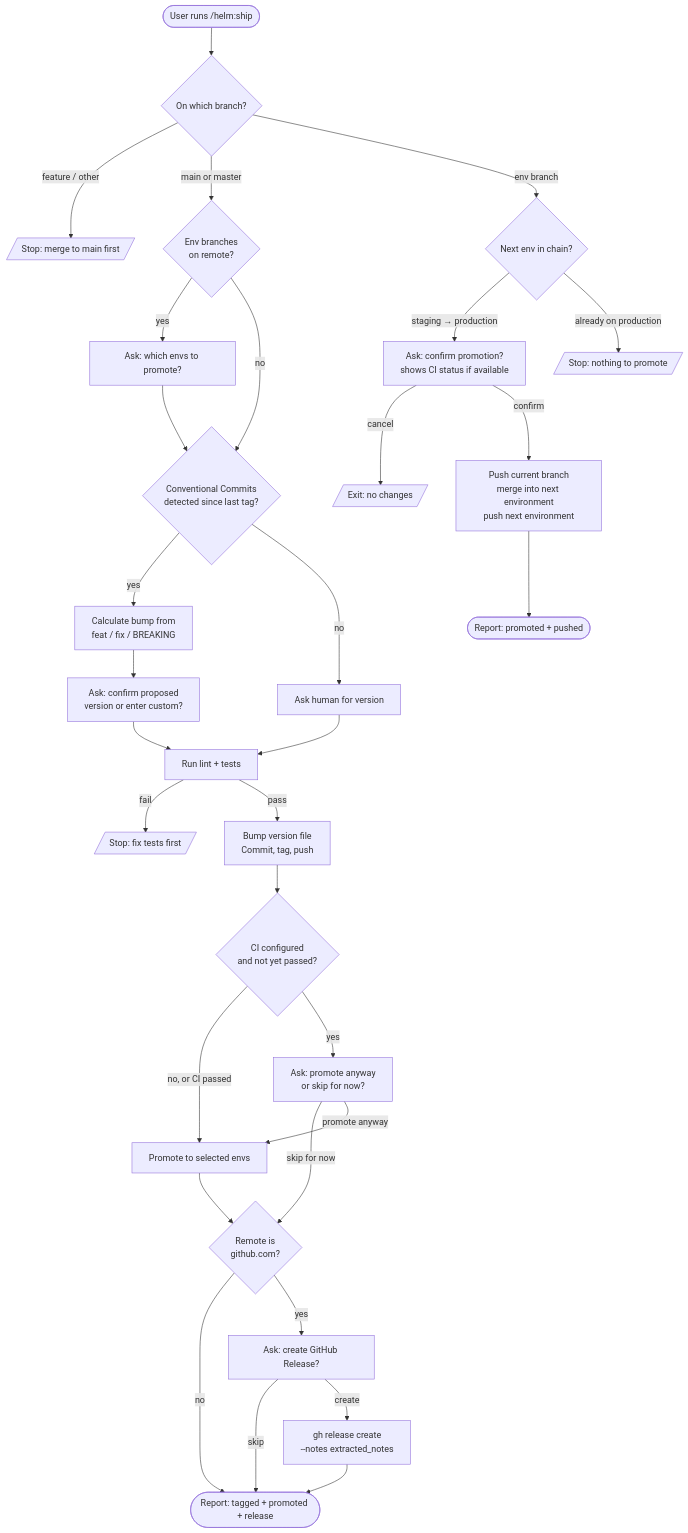
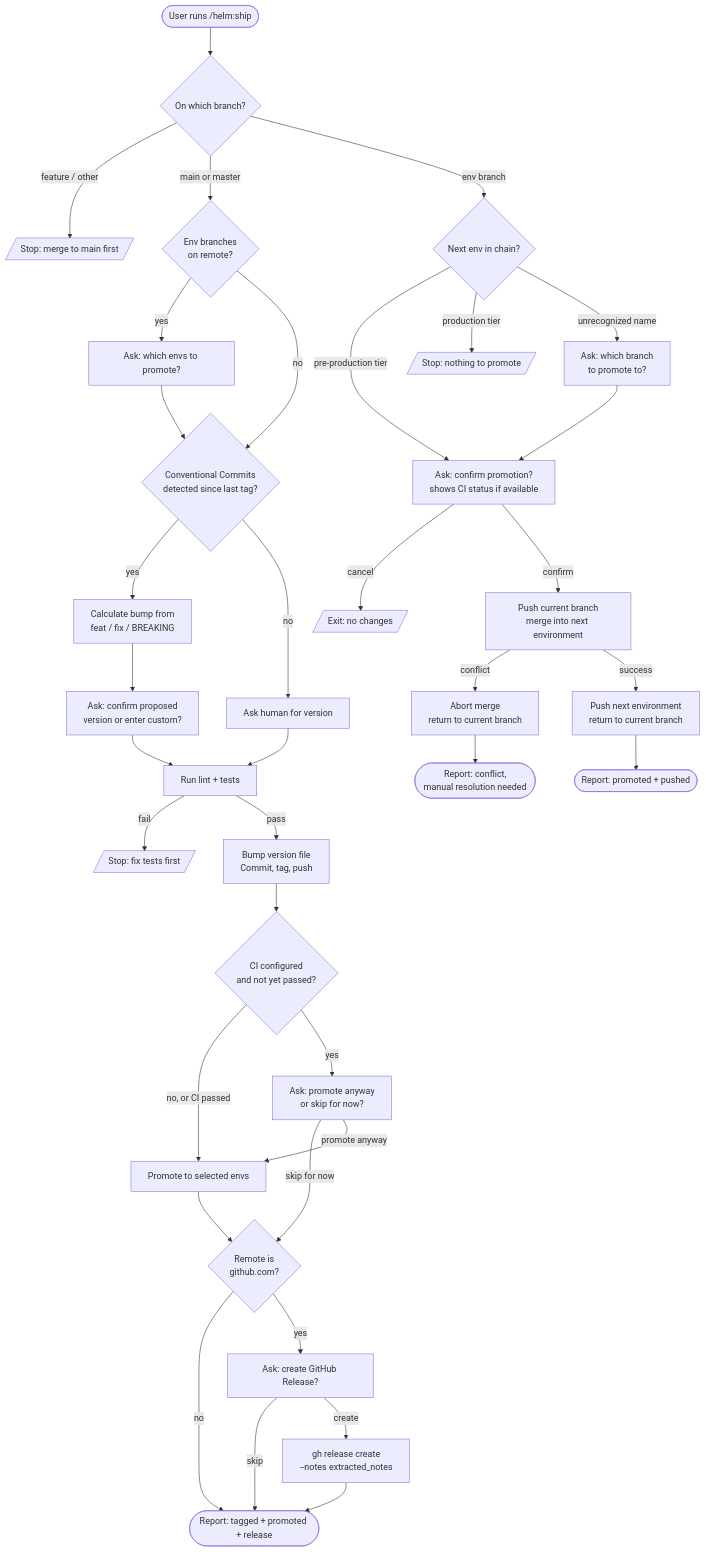
One commit to myowinthein/agent-helm changed the diagram in docs/commands/ship.md. Above: the diagram before and after it, drawn with Mermaid. The commit also changed other lines of this file and 1 other file, not shown here.

Commit message:
fix(ship): recognize environment name synonyms, handle merge conflicts in Step 5
Two gaps in the promotion chain logic:

- "staging → production" was a hardcoded 2-entry table matching only
  those exact strings, but git.md's Environment Branches section
  recognizes a wider set (staging, stage, uat, preprod, production,
  prod). A branch named "uat" or "prod" had no defined next-step
  behavior at all. Replaced with tier-based matching (pre-production
  vs production) that treats synonyms as equivalent, discovers the
  actual target branch name from the remote rather than assuming it's
  literally "production", and asks the human when the current branch
  is outside both recognized tiers instead of guessing.

- git merge --no-ff had no conflict handling. A conflict would halt
  mid-merge on the target environment branch, and since the return
  to the starting branch only happened after a successful push, there
  was no path back and no guidance. Now aborts the merge cleanly,
  returns to the starting branch, and reports that manual resolution
  is needed instead of leaving the repo in an ambiguous state.

````diff
--- a/docs/commands/ship.md
+++ b/docs/commands/ship.md
@@ -13,37 +13,42 @@
 ```mermaid
 flowchart TD
   Start([User runs /helm:ship]) --> Branch{On which branch?}
   Branch -->|feature / other| FeatStop[/Stop: merge to main first/]
   Branch -->|main or master| Targets{Env branches<br/>on remote?}
   Branch -->|env branch| EnvNext{Next env in chain?}
 
   Targets -->|yes| Pick[Ask: which envs to promote?]
   Targets -->|no| CC
   Pick --> CC{Conventional Commits<br/>detected since last tag?}
 
   CC -->|yes| Calc[Calculate bump from<br/>feat / fix / BREAKING]
   CC -->|no| AskVersion[Ask human for version]
   Calc --> Confirm[Ask: confirm proposed<br/>version or enter custom?]
   Confirm --> Tests
   AskVersion --> Tests
 
   Tests[Run lint + tests] -->|fail| TestStop[/Stop: fix tests first/]
   Tests -->|pass| Release[Bump version file<br/>Commit, tag, push]
   Release --> CICheck{CI configured<br/>and not yet passed?}
   CICheck -->|no, or CI passed| Promote[Promote to selected envs]
   CICheck -->|yes| CIAsk[Ask: promote anyway<br/>or skip for now?]
   CIAsk -->|skip for now| GHCheck
   CIAsk -->|promote anyway| Promote
   Promote --> GHCheck{Remote is<br/>github.com?}
   GHCheck -->|no| MainDone
   GHCheck -->|yes| GHConfirm[Ask: create GitHub Release?]
   GHConfirm -->|skip| MainDone
   GHConfirm -->|create| GHRelease[gh release create<br/>--notes extracted_notes]
   GHRelease --> MainDone([Report: tagged + promoted + release])
 
-  EnvNext -->|staging → production| EnvConfirm[Ask: confirm promotion?<br/>shows CI status if available]
-  EnvNext -->|already on production| EnvStop[/Stop: nothing to promote/]
+  EnvNext -->|pre-production tier| EnvConfirm[Ask: confirm promotion?<br/>shows CI status if available]
+  EnvNext -->|production tier| EnvStop[/Stop: nothing to promote/]
+  EnvNext -->|unrecognized name| EnvAsk[Ask: which branch<br/>to promote to?]
+  EnvAsk --> EnvConfirm
   EnvConfirm -->|cancel| EnvCancelExit[/Exit: no changes/]
-  EnvConfirm -->|confirm| EnvMerge[Push current branch<br/>merge into next environment<br/>push next environment]
-  EnvMerge --> EnvDone([Report: promoted + pushed])
+  EnvConfirm -->|confirm| EnvMerge[Push current branch<br/>merge into next environment]
+  EnvMerge -->|conflict| EnvAbort[Abort merge<br/>return to current branch]
+  EnvAbort --> EnvConflictDone([Report: conflict,<br/>manual resolution needed])
+  EnvMerge -->|success| EnvPush2[Push next environment<br/>return to current branch]
+  EnvPush2 --> EnvDone([Report: promoted + pushed])
 ```
````
